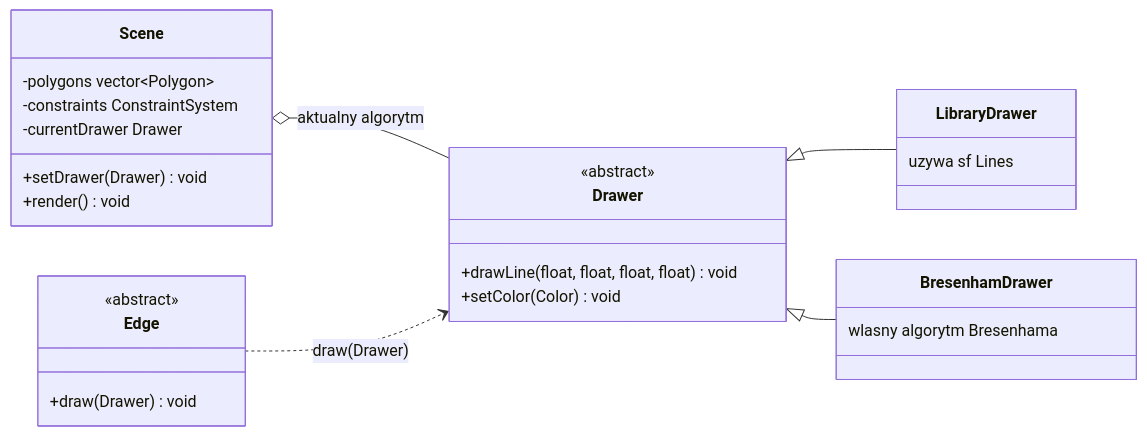
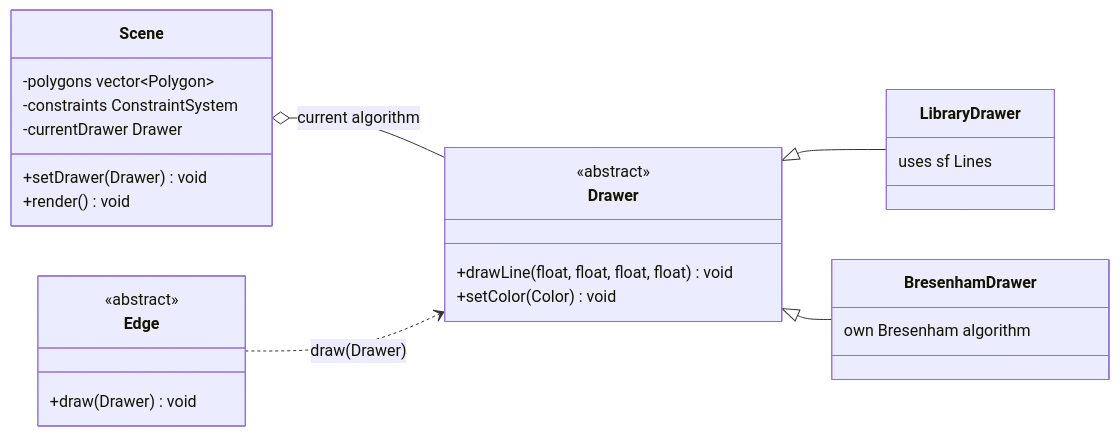
Before and after one commit to PatrickFongang/Polygon-Editor: the fourth of 4 diagrams in README.md, drawn with Mermaid. The commit also changed other lines of this file, not shown here.

````diff
--- a/README.md
+++ b/README.md
@@ -248,30 +248,30 @@
 ```mermaid
 classDiagram
     direction LR
     class Drawer {
         <<abstract>>
         +drawLine(float, float, float, float) void
         +setColor(Color) void
     }
     class LibraryDrawer {
-        uzywa sf Lines
+        uses sf Lines
     }
     class BresenhamDrawer {
-        wlasny algorytm Bresenhama
+        own Bresenham algorithm
     }
     Drawer <|-- LibraryDrawer
     Drawer <|-- BresenhamDrawer
     class Scene {
         -polygons vector~Polygon~
         -constraints ConstraintSystem
         -currentDrawer Drawer
         +setDrawer(Drawer) void
         +render() void
     }
     class Edge {
         <<abstract>>
         +draw(Drawer) void
     }
-    Scene o-- Drawer : aktualny algorytm
+    Scene o-- Drawer : current algorithm
     Edge ..> Drawer : draw(Drawer)
 ```
````
